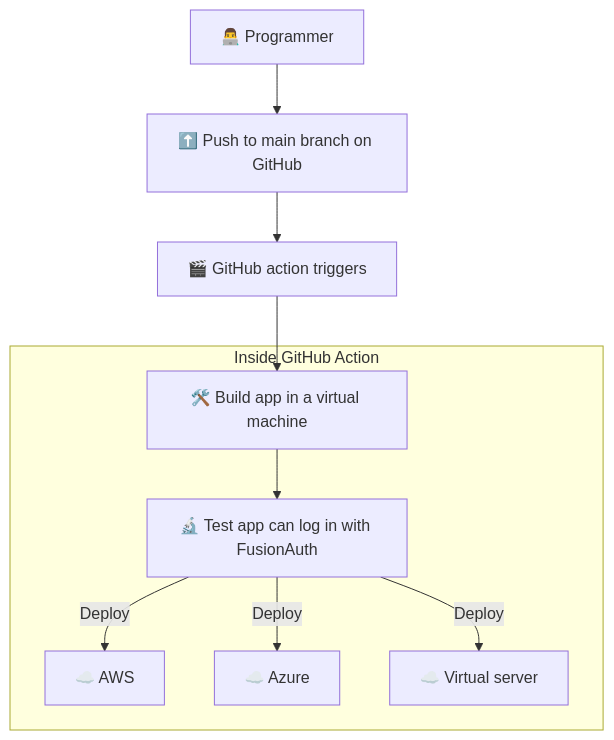
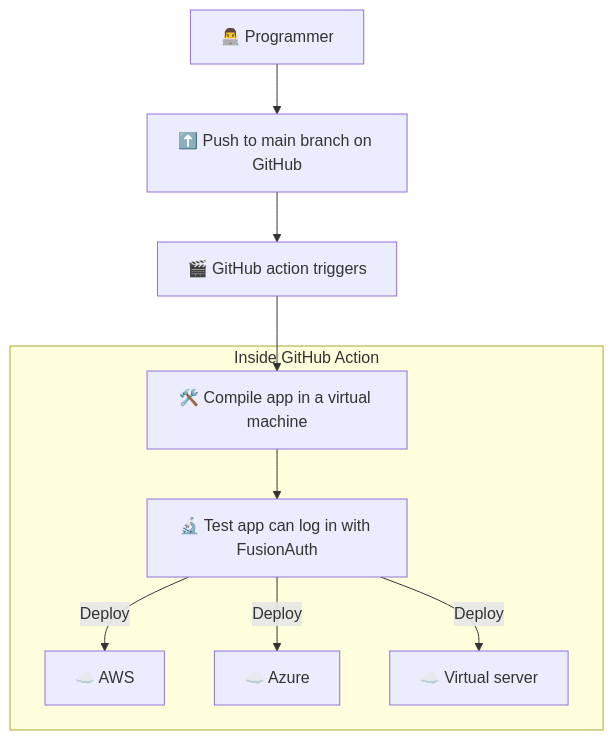
The second of 2 diagrams in astro/src/content/docs/get-started/run-in-the-cloud/github_actions.mdx (FusionAuth/fusionauth-site), drawn with Mermaid before and after one commit. The commit also changed other lines of this file, not shown here.

````diff
--- a/astro/src/content/docs/get-started/run-in-the-cloud/github_actions.mdx
+++ b/astro/src/content/docs/get-started/run-in-the-cloud/github_actions.mdx
@@ -112,12 +114,12 @@
 ```mermaid
 graph TD
     1[👨‍💻 Programmer] --> 2[⬆️ Push to main branch on GitHub]
     2 --> 3[🎬 GitHub action triggers]
-    3 --> 4[🛠️ Build app in a virtual machine]
+    3 --> 4[🛠️ Compile app in a virtual machine]
     subgraph Inside GitHub Action
         4 --> 5[🔬 Test app can log in with FusionAuth]
         5 -- Deploy --> 6[☁️ AWS]
         5 -- Deploy --> 7[☁️ Azure]
         5 -- Deploy --> 8[☁️ Virtual server]
     end
 ```
````
